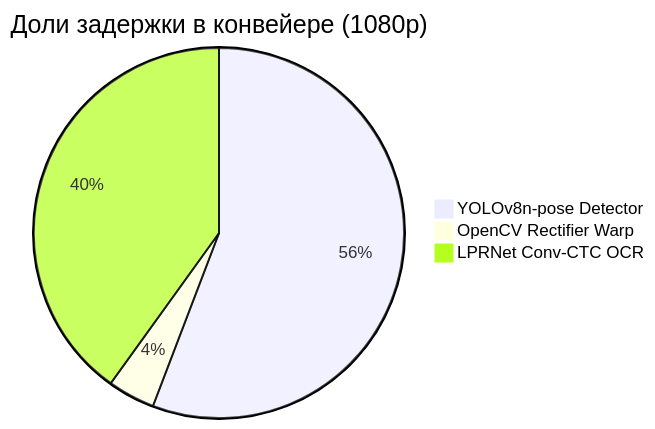
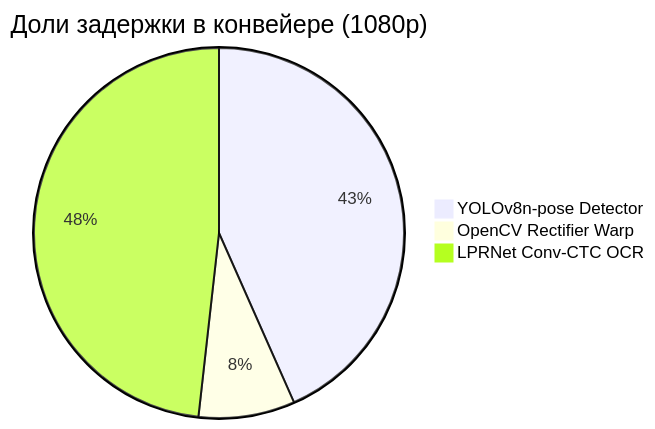
The diagram in docs/report/latency_benchmark.md (Vamsilver/OmniPlate-RU), drawn with Mermaid before and after one commit. The commit also changed other lines of this file and 39 other files, not shown here.

````diff
--- a/docs/report/latency_benchmark.md
+++ b/docs/report/latency_benchmark.md
@@ -50,6 +50,6 @@
 ```mermaid
 pie title Доли задержки в конвейере (1080p)
-    "YOLOv8n-pose Detector" : 31.2
-    "OpenCV Rectifier Warp" : 2.31
-    "LPRNet Conv-CTC OCR" : 22.4
+    "YOLOv8n-pose Detector" : 11.6
+    "OpenCV Rectifier Warp" : 2.25
+    "LPRNet Conv-CTC OCR" : 12.9
 ```
````
